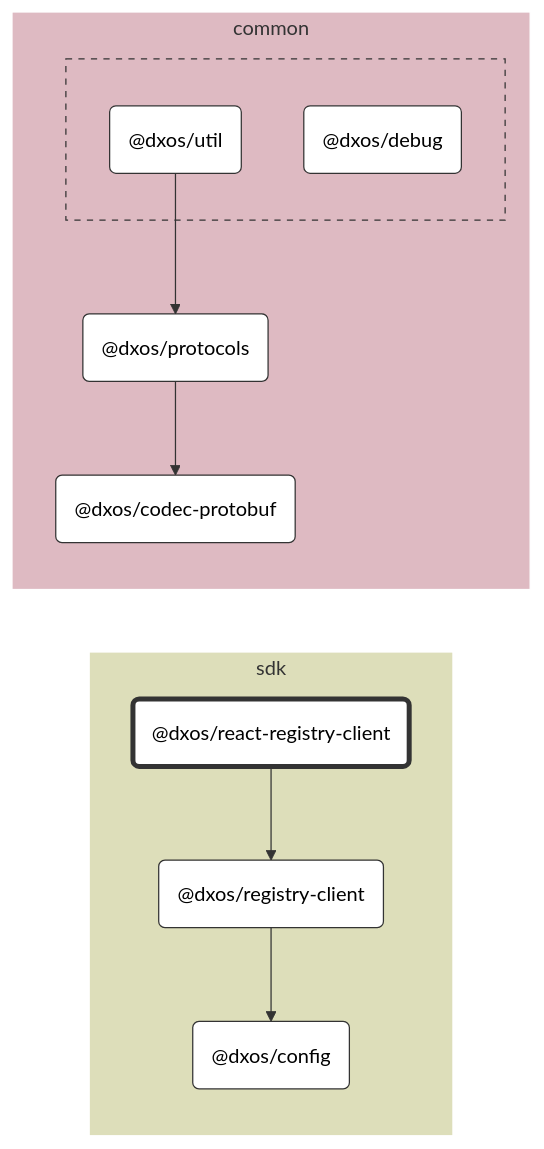
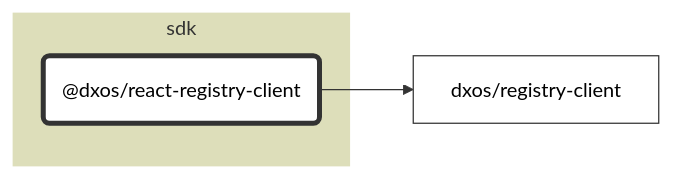
The diagram in packages/sdk/react-registry-client/docs/README.md (dxos/dxos), drawn with Mermaid (neutral theme) before and after one commit. The commit also changed 84 other files, not shown here.

````diff
--- a/packages/sdk/react-registry-client/docs/README.md
+++ b/packages/sdk/react-registry-client/docs/README.md
@@ -7,57 +7,21 @@
 ```mermaid
 %%{ init: {'flowchart':{'curve':'basis'}} }%%
 
 flowchart LR
 
-%% Links
-dxos/protocols --> dxos/codec-protobuf;
-dxos/react-registry-client --> dxos/registry-client;
-dxos/registry-client --> dxos/config;
-dxos/util --> dxos/protocols;
+%% Classes
+classDef default fill:#fff,stroke:#333,stroke-width:1px
+classDef root fill:#fff,stroke:#333,stroke-width:4px
 
-%% Sections
-subgraph sdk
-  style sdk fill:#dddeba,stroke:#fff;
+%% Nodes
 
-  dxos/config("@dxos/config")
-  dxos/react-registry-client("@dxos/react-registry-client")
-  dxos/registry-client("@dxos/registry-client")
+subgraph sdk [sdk]
+  style sdk fill:#dddeba,stroke:#fff
+  dxos/react-registry-client("@dxos/react-registry-client"):::root
+  click dxos/react-registry-client "dxos/dxos/tree/main/packages/sdk/react-registry-client/docs"
 end
 
-subgraph common
-  style common fill:#debac2,stroke:#fff;
-
-  dxos/codec-protobuf("@dxos/codec-protobuf")
-  dxos/protocols("@dxos/protocols")
-
-  subgraph common-excluded [ ]
-    style common-excluded fill:#debac2,stroke:#333,stroke-dasharray:5 5;
-
-    dxos/debug("@dxos/debug")
-    dxos/util("@dxos/util")
-  end
-end
-
-
-%% Hyperlinks
-click dxos/codec-protobuf "dxos/dxos/tree/main/packages/common/codec-protobuf/docs";
-click dxos/config "dxos/dxos/tree/main/packages/sdk/config/docs";
-click dxos/debug "dxos/dxos/tree/main/packages/common/debug/docs";
-click dxos/protocols "dxos/dxos/tree/main/packages/common/protocols/docs";
-click dxos/registry-client "dxos/dxos/tree/main/packages/sdk/registry-client/docs";
-click dxos/util "dxos/dxos/tree/main/packages/common/util/docs";
-
-%% Styles
-classDef rootNode fill:#fff,stroke:#333,stroke-width:4px
-classDef defaultNode fill:#fff,stroke:#333,stroke-width:1px
+%% Links
 linkStyle default stroke:#333,stroke-width:1px
-
-dxos/react-registry-client:::rootNode
-
-dxos/codec-protobuf:::defaultNode
-dxos/config:::defaultNode
-dxos/debug:::defaultNode
-dxos/protocols:::defaultNode
-dxos/registry-client:::defaultNode
-dxos/util:::defaultNode
+dxos/react-registry-client --> dxos/registry-client
 ```
````
